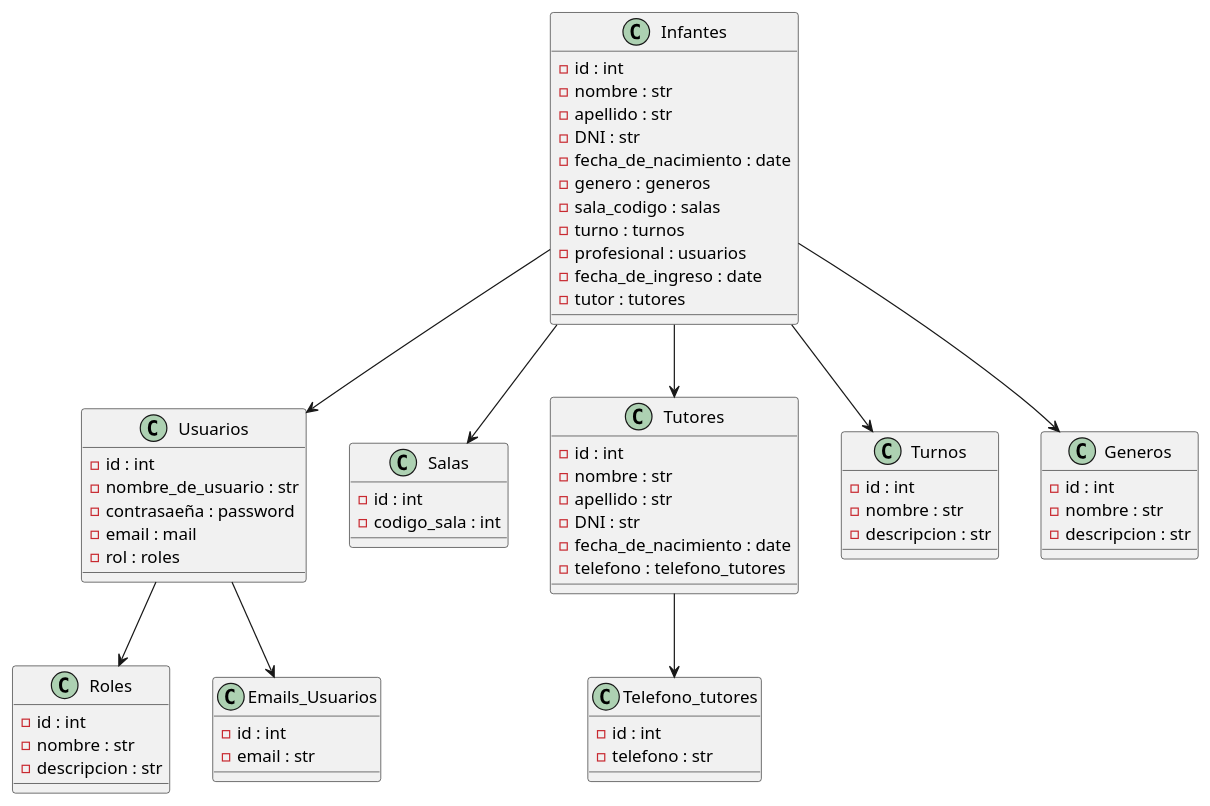
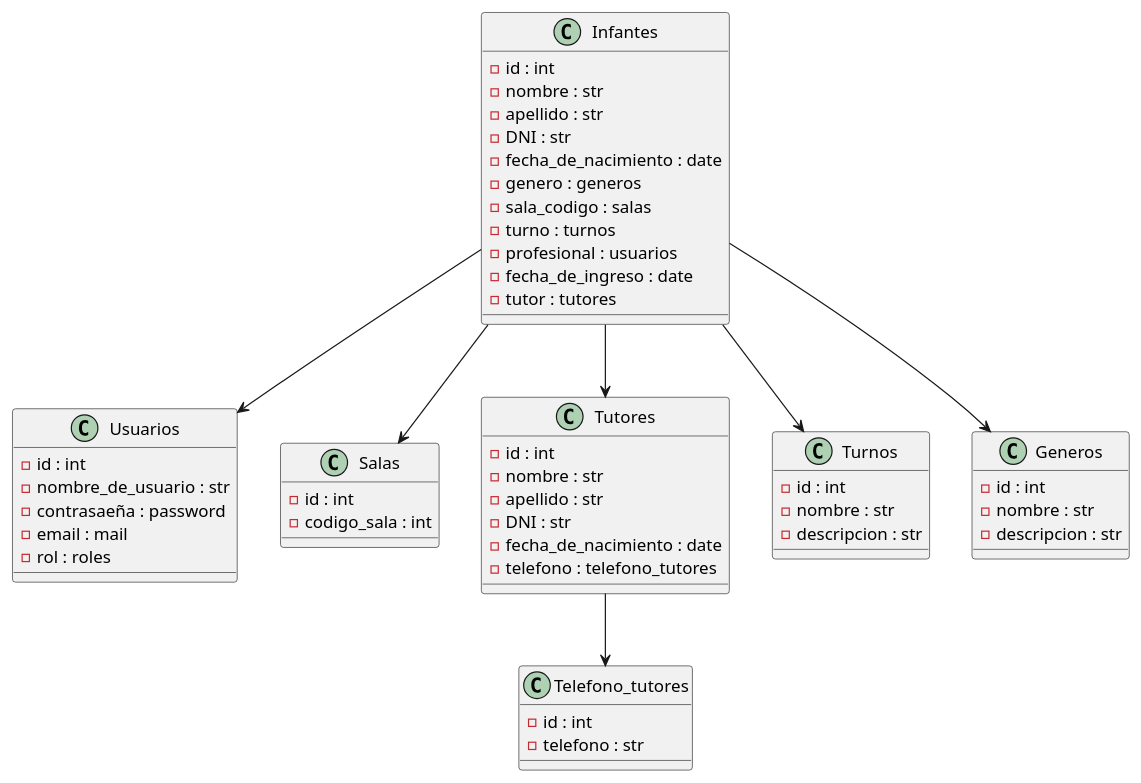
One commit to santiago6124/SalasCunaOLD changed the diagram in Diagram.wsd. Above: the diagram before and after it, drawn with PlantUML.

Commit message:
diagram fix

```diff
--- a/Diagram.wsd
+++ b/Diagram.wsd
@@ -1,77 +1,63 @@
 @startuml test
 
 class Usuarios {
     -id : int
     -nombre_de_usuario : str
     -contrasaeña : password
     -email : mail
     -rol : roles
 }
 
 class Infantes {
     -id : int
     -nombre : str
     -apellido : str
     -DNI : str
     -fecha_de_nacimiento : date
     -genero : generos
     -sala_codigo : salas
     -turno : turnos
     -profesional : usuarios
     -fecha_de_ingreso : date
     -tutor : tutores
 
 }
 
 class Salas {
     -id : int
     -codigo_sala : int
 } 
 
 class Tutores {
     -id : int
     -nombre : str
     -apellido : str
     -DNI : str
     -fecha_de_nacimiento : date
     -telefono : telefono_tutores
 }
 
-class Roles {
-    -id : int
-    -nombre : str
-    -descripcion : str
-}
-
 class Turnos {
     -id : int
     -nombre : str
     -descripcion : str
 }
 
 class Generos {
     -id : int
     -nombre : str
     -descripcion : str
-}
-
-class Emails_Usuarios {
-    -id : int
-    -email : str
-    
 }
 
 class Telefono_tutores {
     -id : int
     -telefono : str
 }
 
 Infantes --> Salas
 Infantes --> Generos
 Infantes --> Tutores
 Infantes --> Usuarios
 Infantes --> Turnos
 Tutores --> Telefono_tutores
-Usuarios --> Roles
-Usuarios --> Emails_Usuarios
 @enduml
```
